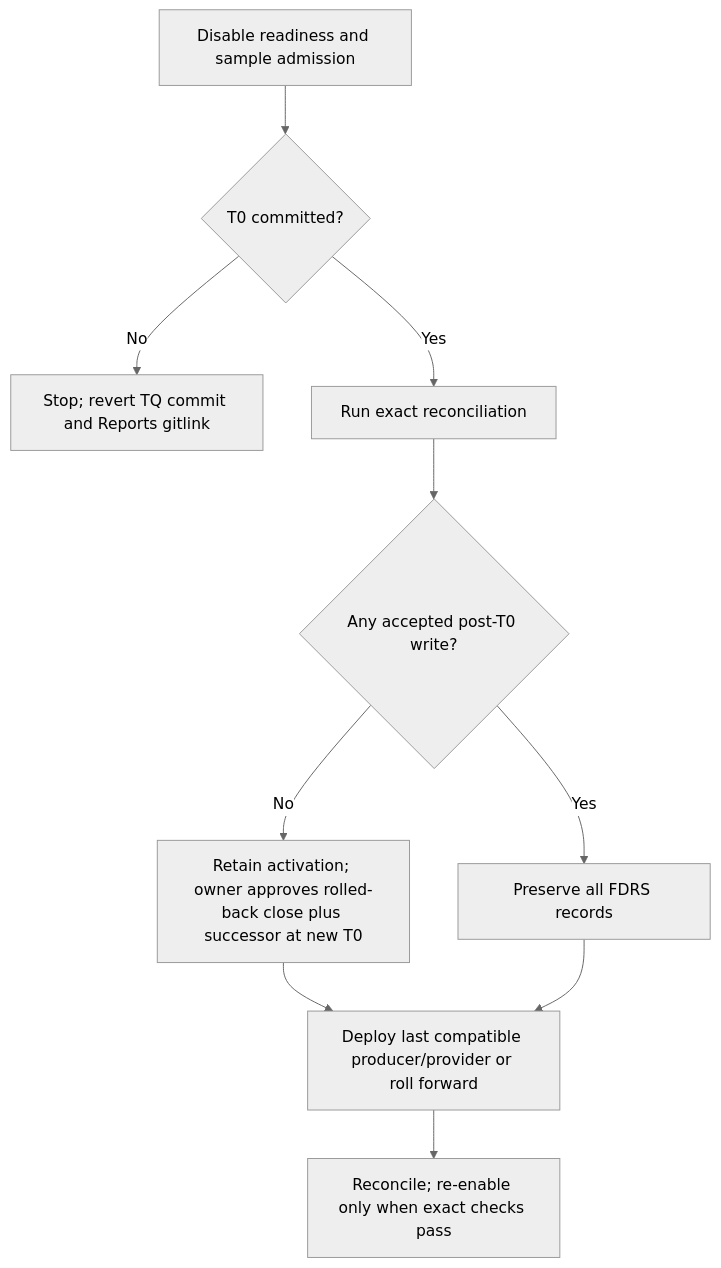
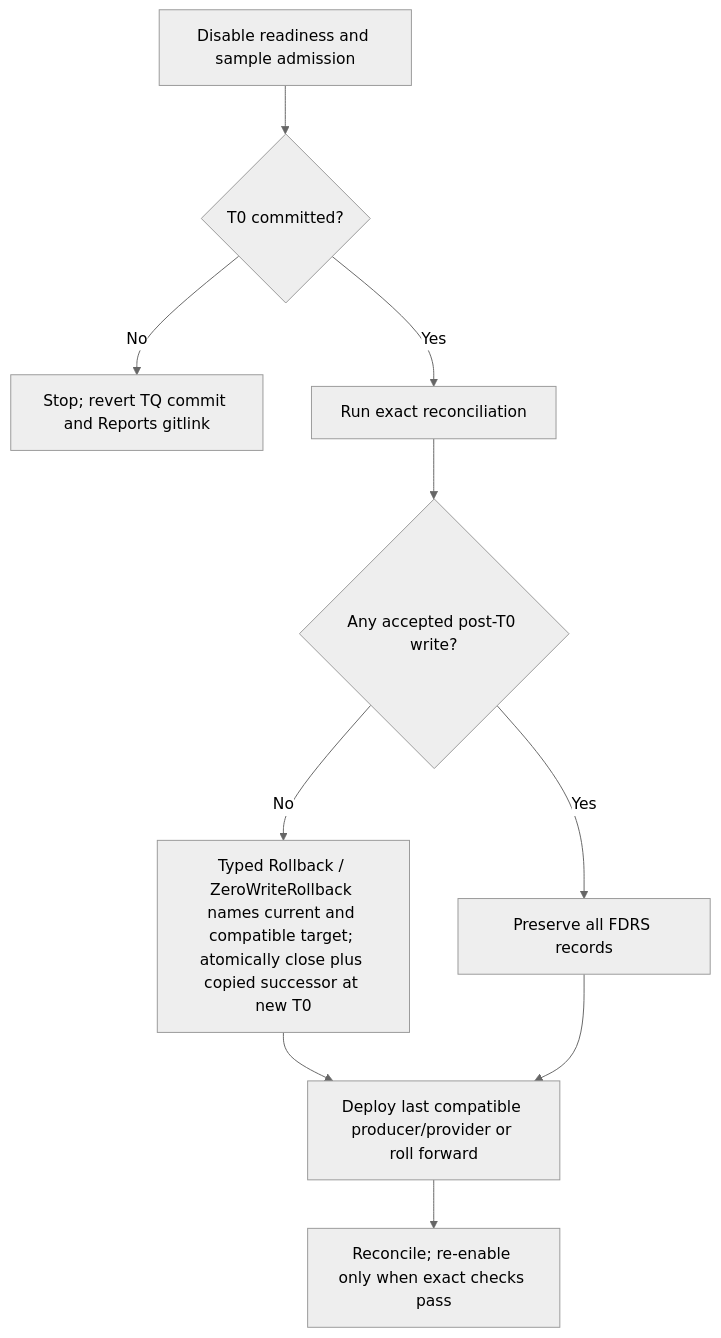
Before and after one commit to bmello4688/BrukerAgentSystem: the sixth of 6 diagrams in agent-os/specs/2026-11-23-tq-011a-source-producer-adr/sequence-diagrams.md, drawn with Mermaid (neutral theme). The commit also changed other lines of this file and 9 other files, not shown here.

````diff
--- a/agent-os/specs/2026-11-23-tq-011a-source-producer-adr/sequence-diagrams.md
+++ b/agent-os/specs/2026-11-23-tq-011a-source-producer-adr/sequence-diagrams.md
@@ -213,12 +219,12 @@
 ```mermaid
 flowchart TD
     A[Disable readiness and sample admission] --> B{T0 committed?}
     B -- No --> C[Stop; revert TQ commit and Reports gitlink]
     B -- Yes --> D[Run exact reconciliation]
     D --> E{Any accepted post-T0 write?}
-    E -- No --> F[Retain activation; owner approves rolled-back close plus successor at new T0]
+    E -- No --> F[Typed Rollback / ZeroWriteRollback names current and compatible target; atomically close plus copied successor at new T0]
     F --> H
     E -- Yes --> G[Preserve all FDRS records]
     G --> H[Deploy last compatible producer/provider or roll forward]
     H --> I[Reconcile; re-enable only when exact checks pass]
 ```
````
